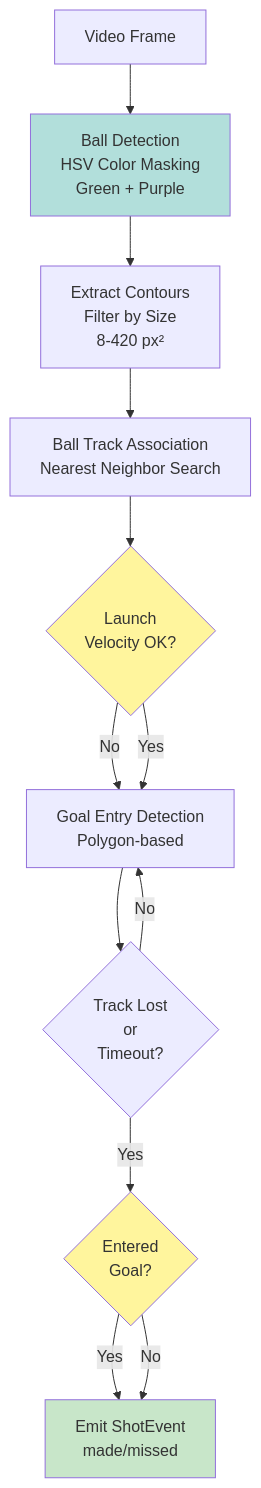
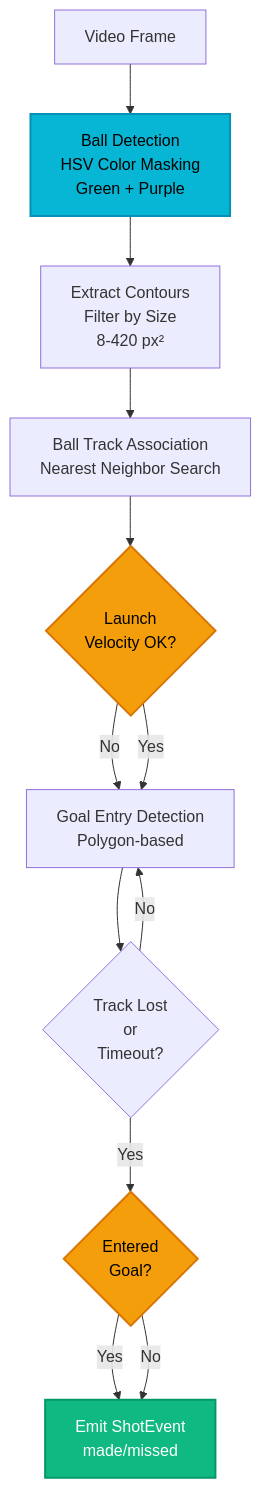
The seventh of 13 diagrams in docs/SYSTEM_ARCHITECTURE.md (ALeaf21/LearningJuiceAutoScout), drawn with Mermaid before and after one commit. The commit also changed other lines of this file and 1 other file, not shown here.

Commit message:
doc updated for dark theme

````diff
--- a/docs/SYSTEM_ARCHITECTURE.md
+++ b/docs/SYSTEM_ARCHITECTURE.md
@@ -252,38 +257,39 @@
 ```mermaid
+%%{init: {theme: 'dark'}}%%
 graph TD
     Frame["Video Frame"]
     BallDet["Ball Detection<br/>HSV Color Masking<br/>Green + Purple"]
     Contours["Extract Contours<br/>Filter by Size<br/>8-420 px²"]
     
     Tracks["Ball Track Association<br/>Nearest Neighbor Search"]
     
     LaunchCheck{"Launch<br/>Velocity OK?"}
     
     GoalCheck["Goal Entry Detection<br/>Polygon-based"]
     
     Resolve{"Track Lost<br/>or<br/>Timeout?"}
     
     MadeOrMissed{"Entered<br/>Goal?"}
     
     Event["Emit ShotEvent<br/>made/missed"]
     
     Frame --> BallDet
     BallDet --> Contours
     Contours --> Tracks
     Tracks --> LaunchCheck
     
     LaunchCheck -->|No| GoalCheck
     LaunchCheck -->|Yes| GoalCheck
     
     GoalCheck --> Resolve
     Resolve -->|No| GoalCheck
     Resolve -->|Yes| MadeOrMissed
     
     MadeOrMissed -->|Yes| Event
     MadeOrMissed -->|No| Event
     
-    style Event fill:#c8e6c9
-    style BallDet fill:#b2dfdb
-    style LaunchCheck fill:#fff59d
-    style MadeOrMissed fill:#fff59d
+    style Event fill:#10b981,stroke:#059669,stroke-width:2px,color:#fff
+    style BallDet fill:#06b6d4,stroke:#0891b2,stroke-width:2px,color:#000
+    style LaunchCheck fill:#f59e0b,stroke:#d97706,stroke-width:2px,color:#000
+    style MadeOrMissed fill:#f59e0b,stroke:#d97706,stroke-width:2px,color:#000
 ```
````
